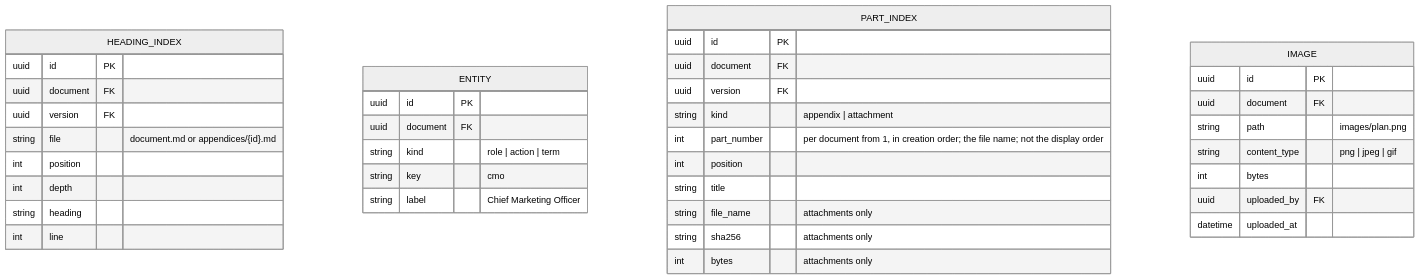
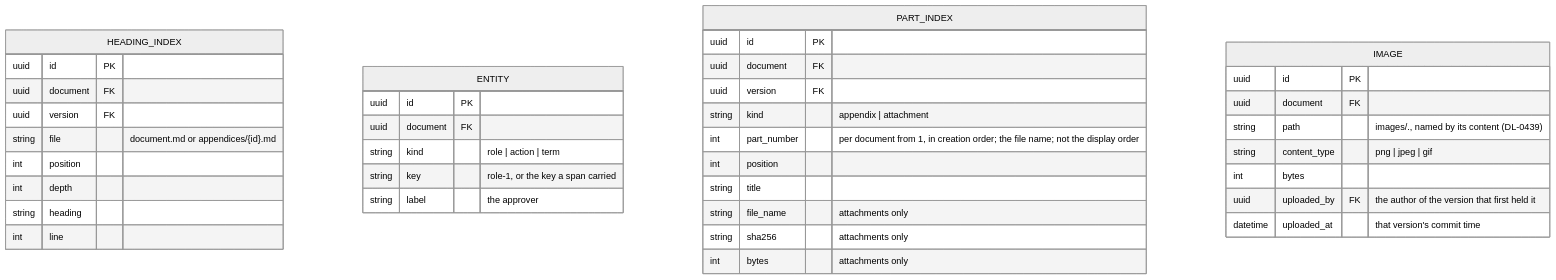
One commit to Oleksii-Zagorskyi/syngraphe changed the fourth of 5 diagrams in docs/data-model.md. Above: the diagram before and after it, drawn with Mermaid (neutral theme). The commit also changed other lines of this file and 87 other files, not shown here.

````diff
--- a/docs/data-model.md
+++ b/docs/data-model.md
@@ -477,41 +477,41 @@
 ```mermaid
 erDiagram
     HEADING_INDEX {
         uuid id PK
         uuid document FK
         uuid version FK
         string file "document.md or appendices/{id}.md"
         int position
         int depth
         string heading
         int line
     }
     ENTITY {
         uuid id PK
         uuid document FK
         string kind "role | action | term"
-        string key "cmo"
-        string label "Chief Marketing Officer"
+        string key "role-1, or the key a span carried"
+        string label "the approver"
     }
     PART_INDEX {
         uuid id PK
         uuid document FK
         uuid version FK
         string kind "appendix | attachment"
         int part_number "per document from 1, in creation order; the file name; not the display order"
         int position
         string title
         string file_name "attachments only"
         string sha256 "attachments only"
         int bytes "attachments only"
     }
     IMAGE {
         uuid id PK
         uuid document FK
-        string path "images/plan.png"
+        string path "images/<sha256>.<ext>, named by its content (DL-0439)"
         string content_type "png | jpeg | gif"
         int bytes
-        uuid uploaded_by FK
-        datetime uploaded_at
+        uuid uploaded_by FK "the author of the version that first held it"
+        datetime uploaded_at "that version's commit time"
     }
 ```
````
